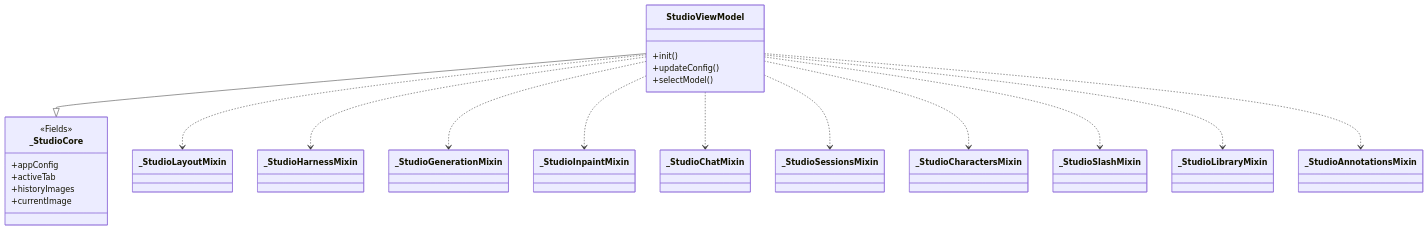
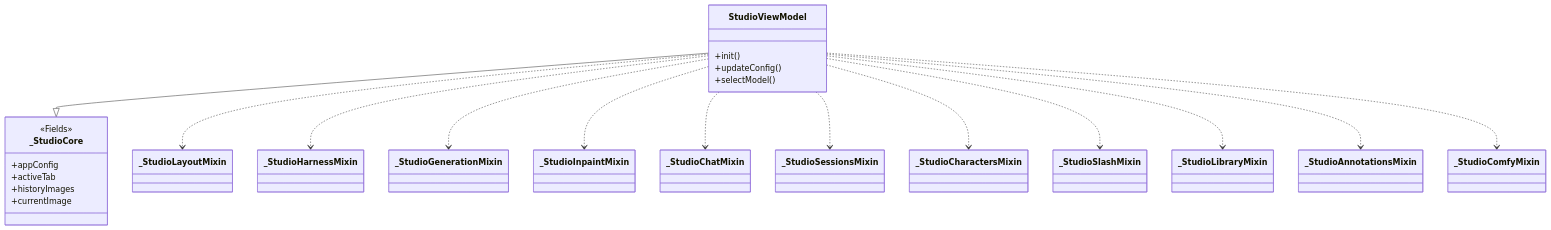
One commit to Rimuruzy/Novelai-harness changed the fifth of 7 diagrams in ARCHITECTURE.md. Above: the diagram before and after it, drawn with Mermaid. The commit also changed other lines of this file and 17 other files, not shown here.

````diff
--- a/ARCHITECTURE.md
+++ b/ARCHITECTURE.md
@@ -376,37 +379,39 @@
 ```mermaid
 classDiagram
     class StudioViewModel {
         +init()
         +updateConfig()
         +selectModel()
     }
     class _StudioCore {
         <<Fields>>
         +appConfig
         +activeTab
         +historyImages
         +currentImage
     }
     class _StudioLayoutMixin
     class _StudioHarnessMixin
     class _StudioGenerationMixin
     class _StudioInpaintMixin
     class _StudioChatMixin
     class _StudioSessionsMixin
     class _StudioCharactersMixin
     class _StudioSlashMixin
     class _StudioLibraryMixin
     class _StudioAnnotationsMixin
+    class _StudioComfyMixin
 
     StudioViewModel --|> _StudioCore
     StudioViewModel ..> _StudioLayoutMixin
     StudioViewModel ..> _StudioHarnessMixin
     StudioViewModel ..> _StudioGenerationMixin
     StudioViewModel ..> _StudioInpaintMixin
     StudioViewModel ..> _StudioChatMixin
     StudioViewModel ..> _StudioSessionsMixin
     StudioViewModel ..> _StudioCharactersMixin
     StudioViewModel ..> _StudioSlashMixin
     StudioViewModel ..> _StudioLibraryMixin
     StudioViewModel ..> _StudioAnnotationsMixin
+    StudioViewModel ..> _StudioComfyMixin
 ```
````
